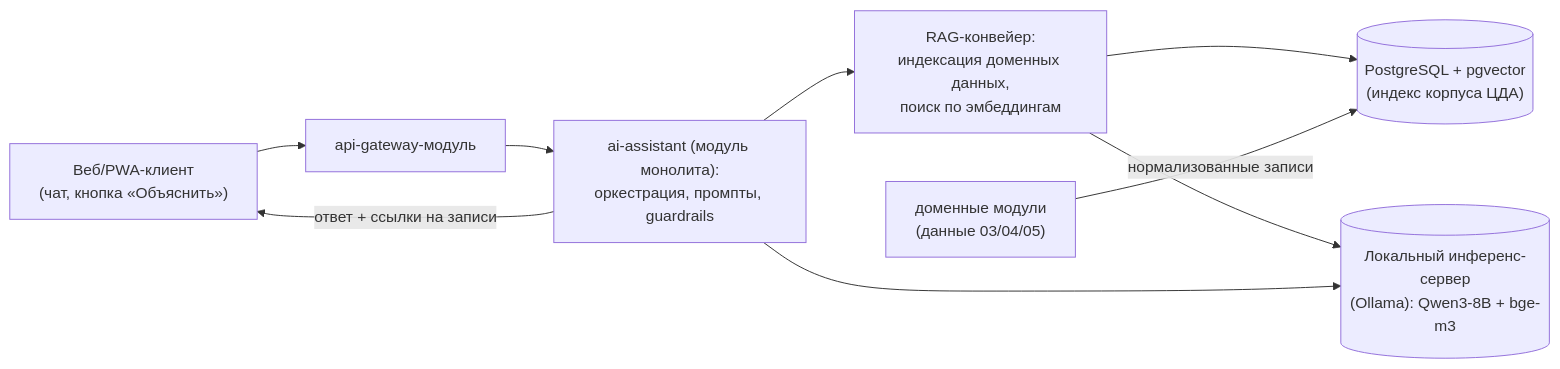
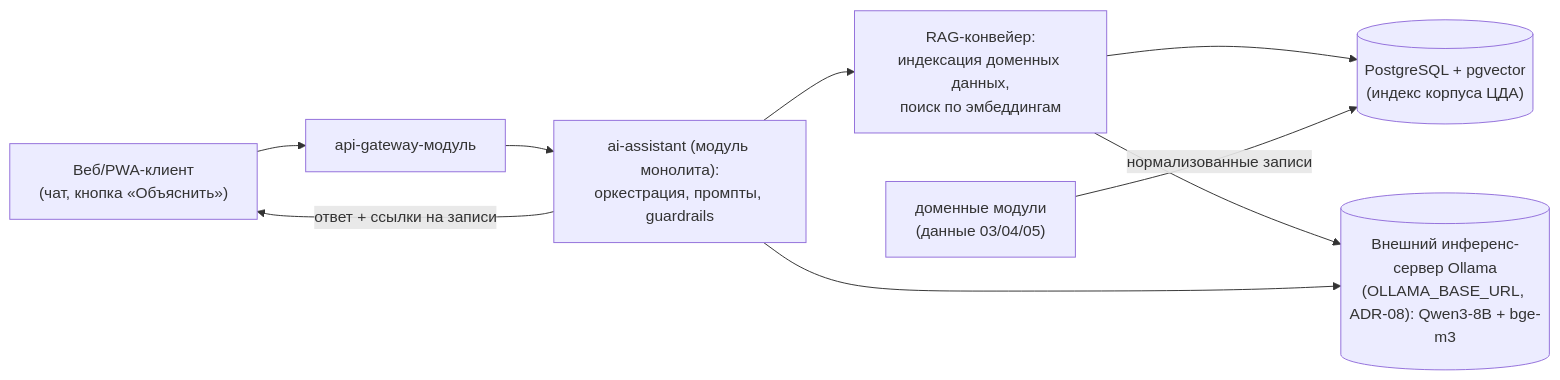
One commit to Trahomich/cda changed the diagram in docs/09-ai.md. Above: the diagram before and after it, drawn with Mermaid.

````diff
--- a/docs/09-ai.md
+++ b/docs/09-ai.md
@@ -39,17 +39,17 @@
 ```mermaid
 flowchart LR
   U["Веб/PWA-клиент\n(чат, кнопка «Объяснить»)"]
   API["api-gateway-модуль"]
   AI["ai-assistant (модуль монолита):\nоркестрация, промпты, guardrails"]
   RAG["RAG-конвейер:\nиндексация доменных данных,\nпоиск по эмбеддингам"]
-  LLM[("Локальный инференс-сервер\n(Ollama): Qwen3-8B + bge-m3")]
+  LLM[("Внешний инференс-сервер Ollama\n(OLLAMA_BASE_URL, ADR-08): Qwen3-8B + bge-m3")]
   PG[("PostgreSQL + pgvector\n(индекс корпуса ЦДА)")]
   DOM["доменные модули\n(данные 03/04/05)"]
   U --> API --> AI
   AI --> RAG
   RAG --> PG
   DOM -->|"нормализованные записи"| PG
   RAG --> LLM
   AI --> LLM
   AI -->|"ответ + ссылки на записи"| U
 ```
````
